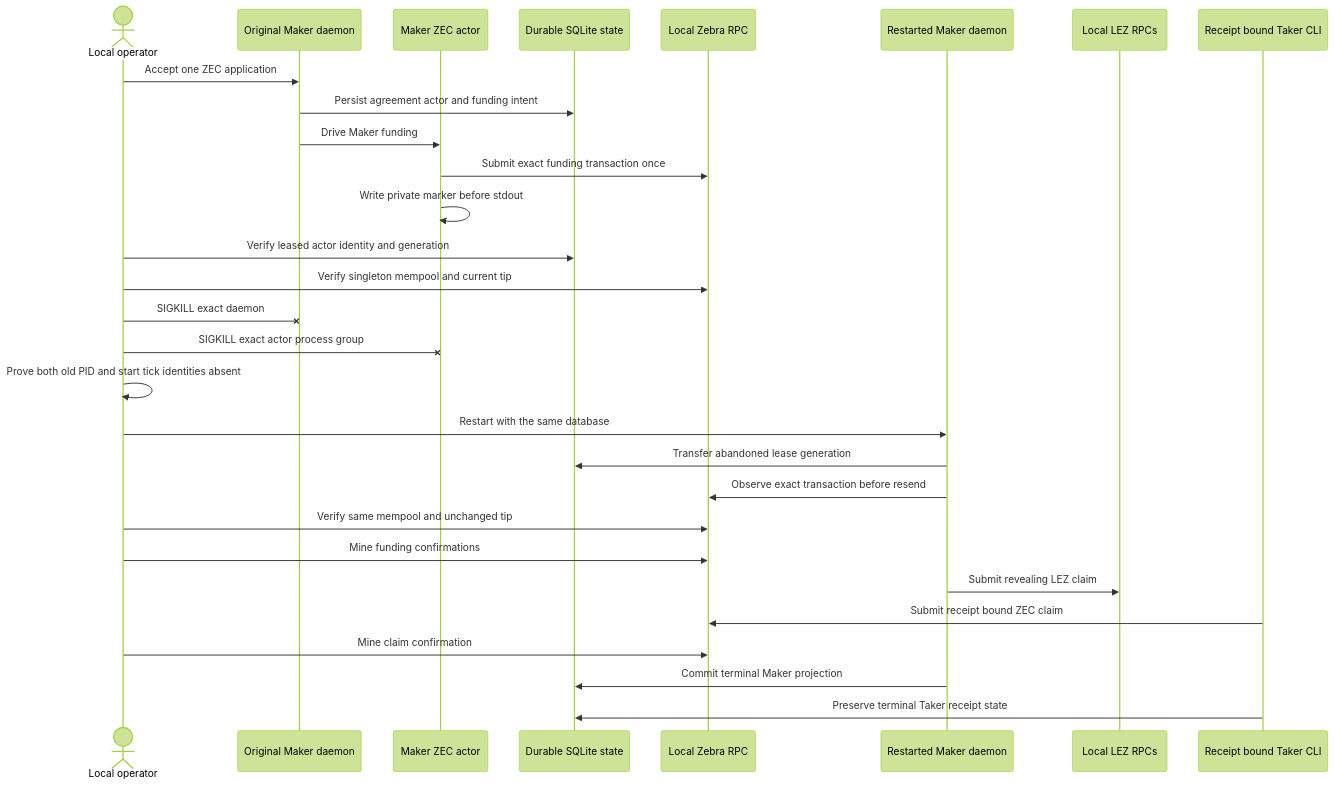
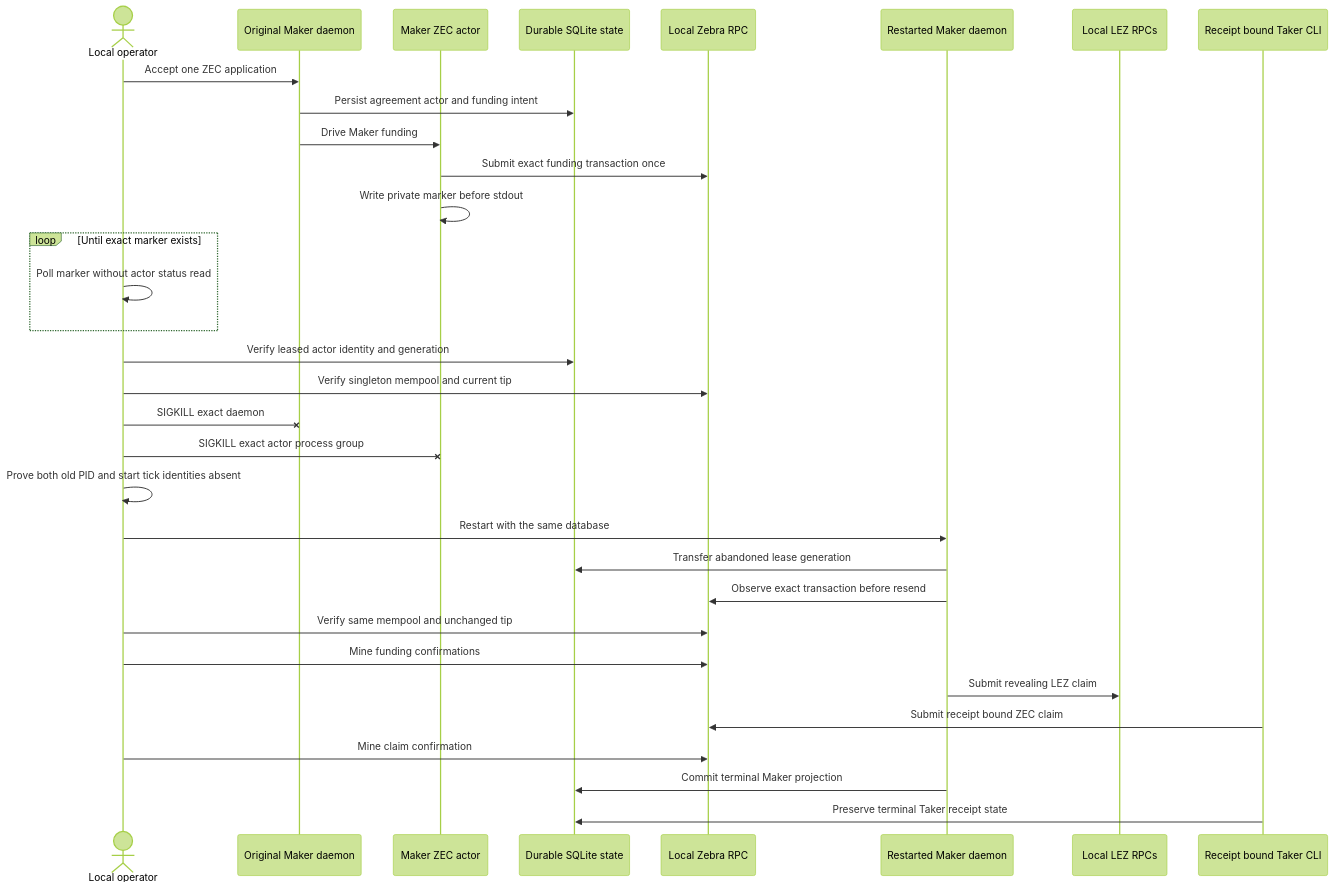
Before and after one commit to gateway-fm/lez-atomic-swaps: the second of 2 diagrams in docs/architecture/0193-recover-accepted-zec-after-process-kill.md, drawn with Mermaid (forest theme). The commit also changed other lines of this file and 3 other files, not shown here.

Commit message:
fix(m7): bind crash marker before status polling

````diff
--- a/docs/architecture/0193-recover-accepted-zec-after-process-kill.md
+++ b/docs/architecture/0193-recover-accepted-zec-after-process-kill.md
@@ -81,32 +89,35 @@
 ```mermaid
 sequenceDiagram
     actor User as Local operator
     participant D1 as Original Maker daemon
     participant A1 as Maker ZEC actor
     participant DB as Durable SQLite state
     participant Z as Local Zebra RPC
     participant D2 as Restarted Maker daemon
     participant L as Local LEZ RPCs
     participant T as Receipt bound Taker CLI
 
     User->>D1: Accept one ZEC application
     D1->>DB: Persist agreement actor and funding intent
     D1->>A1: Drive Maker funding
     A1->>Z: Submit exact funding transaction once
     A1->>A1: Write private marker before stdout
+    loop Until exact marker exists
+        User->>User: Poll marker without actor status read
+    end
     User->>DB: Verify leased actor identity and generation
     User->>Z: Verify singleton mempool and current tip
     User-xD1: SIGKILL exact daemon
     User-xA1: SIGKILL exact actor process group
     User->>User: Prove both old PID and start tick identities absent
     User->>D2: Restart with the same database
     D2->>DB: Transfer abandoned lease generation
     D2->>Z: Observe exact transaction before resend
     User->>Z: Verify same mempool and unchanged tip
     User->>Z: Mine funding confirmations
     D2->>L: Submit revealing LEZ claim
     T->>Z: Submit receipt bound ZEC claim
     User->>Z: Mine claim confirmation
     D2->>DB: Commit terminal Maker projection
     T->>DB: Preserve terminal Taker receipt state
 ```
````
